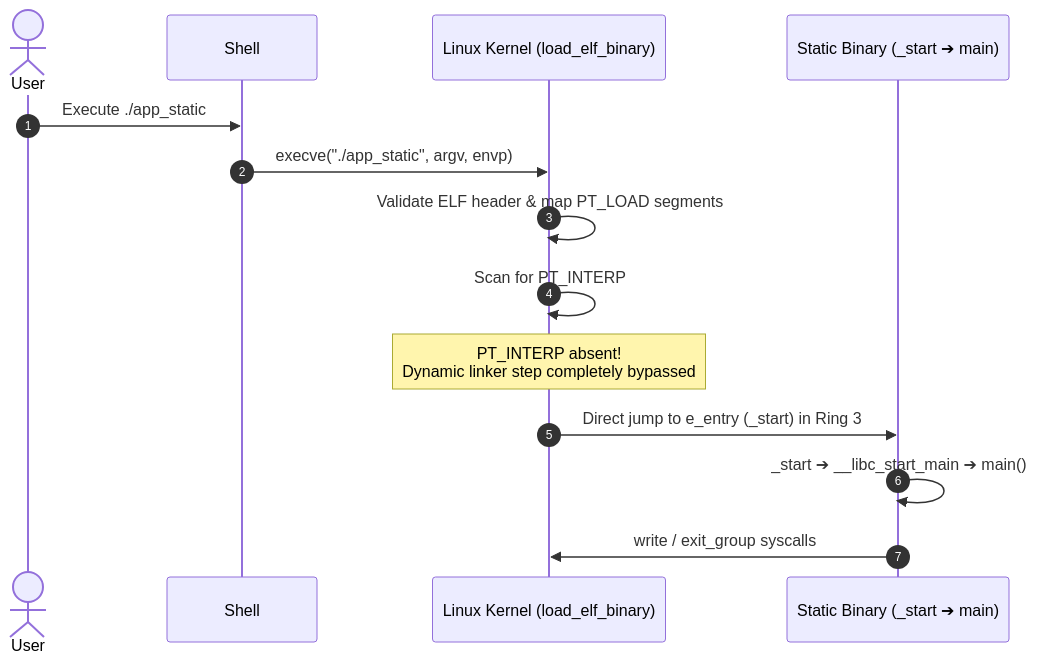
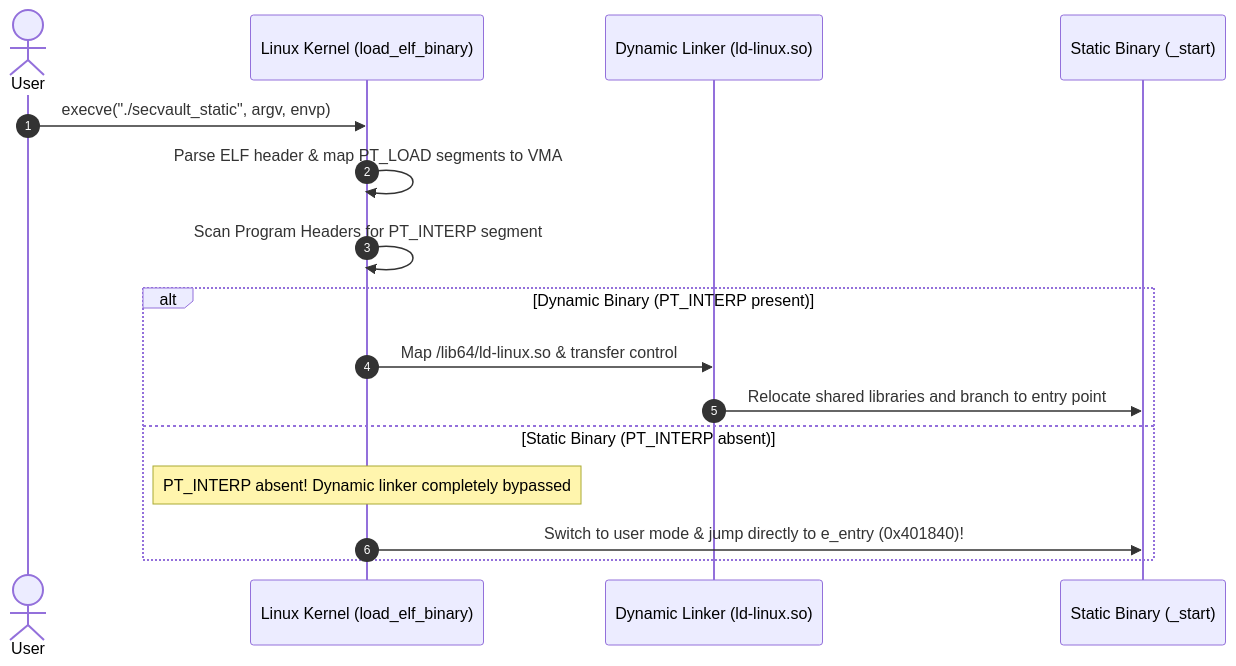
Before and after one commit to auking45/linux-kernel-hardening-lab: the diagram in docs/en/principles/08-static-linking-and-loading.md, drawn with Mermaid. The commit also changed other lines of this file and 44 other files, not shown here.

````diff
--- a/docs/en/principles/08-static-linking-and-loading.md
+++ b/docs/en/principles/08-static-linking-and-loading.md
@@ -44,17 +64,19 @@
 ```mermaid
 sequenceDiagram
     autonumber
     actor User as User
-    participant Shell as Shell
     participant Kernel as Linux Kernel (load_elf_binary)
-    participant Binary as Static Binary (_start ➔ main)
+    participant Loader as Dynamic Linker (ld-linux.so)
+    participant Binary as Static Binary (_start)
 
-    User->>Shell: Execute ./app_static
-    Shell->>Kernel: execve("./app_static", argv, envp)
-    Kernel->>Kernel: Validate ELF header & map PT_LOAD segments
-    Kernel->>Kernel: Scan for PT_INTERP
-    Note over Kernel: PT_INTERP absent!<br/>Dynamic linker step completely bypassed
-    Kernel->>Binary: Direct jump to e_entry (_start) in Ring 3
-    Binary->>Binary: _start ➔ __libc_start_main ➔ main()
-    Binary->>Kernel: write / exit_group syscalls
+    User->>Kernel: execve("./secvault_static", argv, envp)
+    Kernel->>Kernel: Parse ELF header & map PT_LOAD segments to VMA
+    Kernel->>Kernel: Scan Program Headers for PT_INTERP segment
+    alt Dynamic Binary (PT_INTERP present)
+        Kernel->>Loader: Map /lib64/ld-linux.so & transfer control
+        Loader->>Binary: Relocate shared libraries and branch to entry point
+    else Static Binary (PT_INTERP absent)
+        Note over Kernel: PT_INTERP absent! Dynamic linker completely bypassed
+        Kernel->>Binary: Switch to user mode & jump directly to e_entry (0x401840)!
+    end
 ```
````
